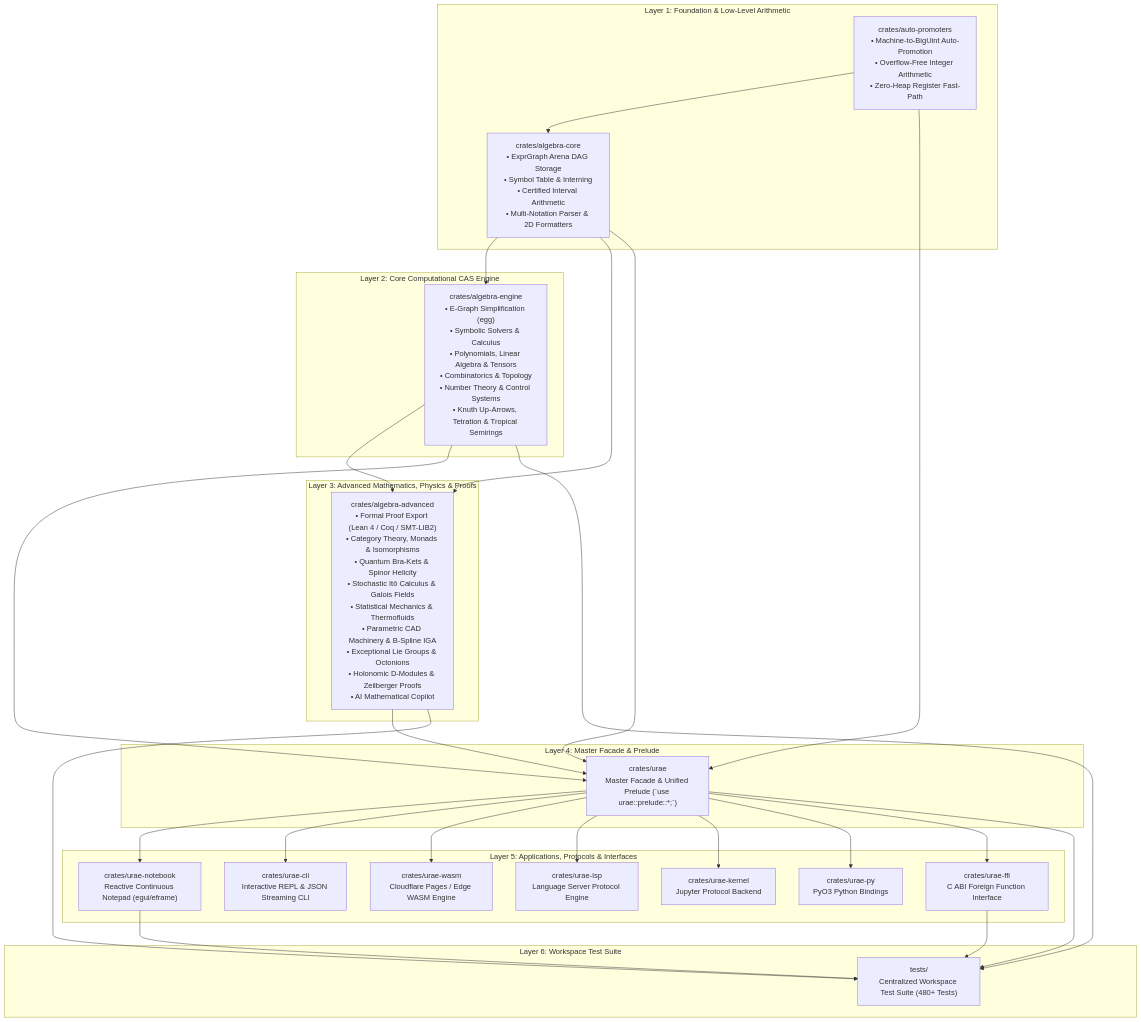
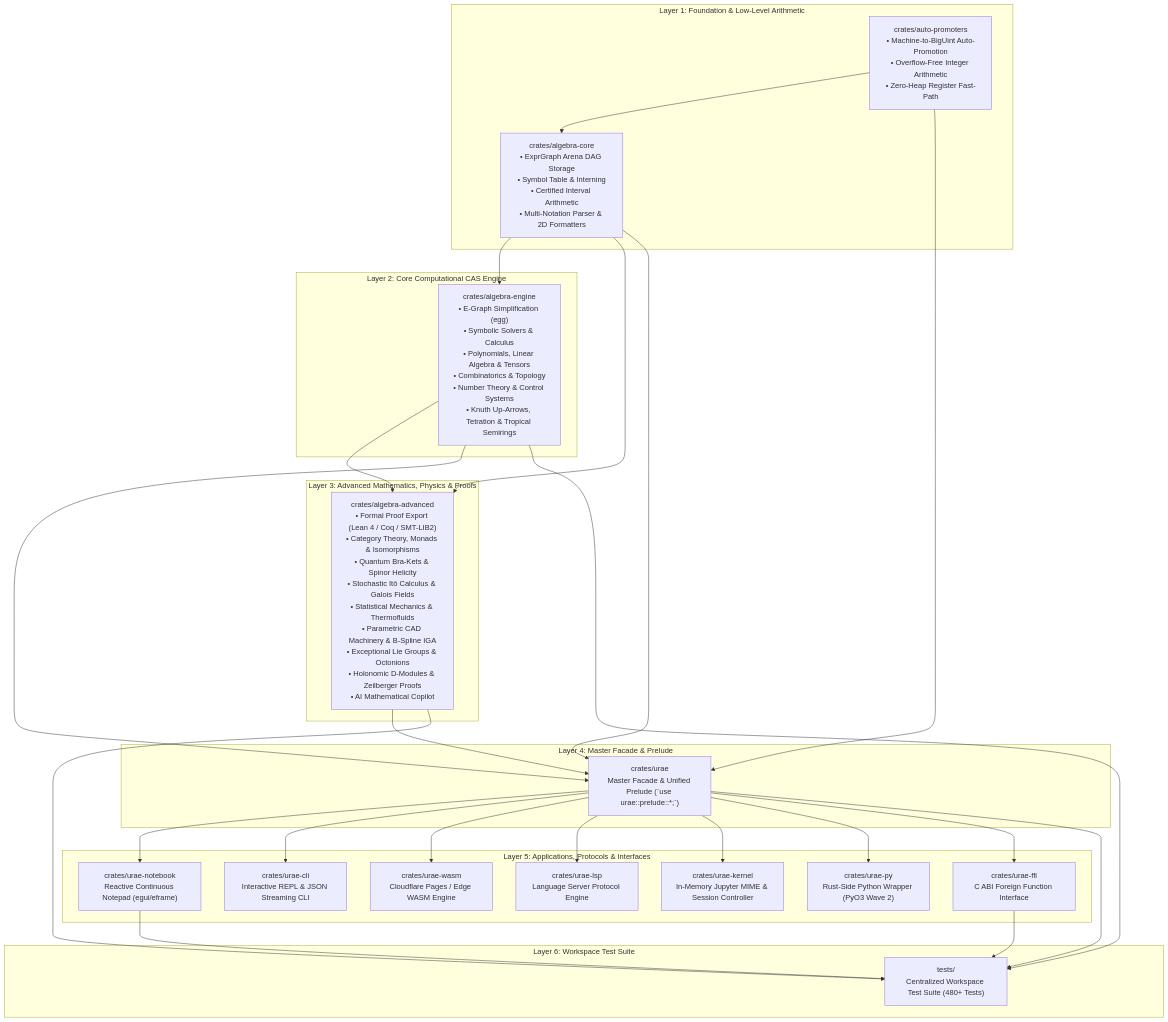
Before and after one commit to Flaming-Chicken/algebra-engine: the diagram in README.md, drawn with Mermaid. The commit also changed other lines of this file and 79 other files, not shown here.

````diff
--- a/README.md
+++ b/README.md
@@ -19,54 +19,54 @@
 ```mermaid
 graph TD
     subgraph L1 ["Layer 1: Foundation & Low-Level Arithmetic"]
         Core["crates/algebra-core<br/>• ExprGraph Arena DAG Storage<br/>• Symbol Table & Interning<br/>• Certified Interval Arithmetic<br/>• Multi-Notation Parser & 2D Formatters"]
         Promoters["crates/auto-promoters<br/>• Machine-to-BigUint Auto-Promotion<br/>• Overflow-Free Integer Arithmetic<br/>• Zero-Heap Register Fast-Path"]
     end
 
     subgraph L2 ["Layer 2: Core Computational CAS Engine"]
         Engine["crates/algebra-engine<br/>• E-Graph Simplification (egg)<br/>• Symbolic Solvers & Calculus<br/>• Polynomials, Linear Algebra & Tensors<br/>• Combinatorics & Topology<br/>• Number Theory & Control Systems<br/>• Knuth Up-Arrows, Tetration & Tropical Semirings"]
     end
 
     subgraph L3 ["Layer 3: Advanced Mathematics, Physics & Proofs"]
         Advanced["crates/algebra-advanced<br/>• Formal Proof Export (Lean 4 / Coq / SMT-LIB2)<br/>• Category Theory, Monads & Isomorphisms<br/>• Quantum Bra-Kets & Spinor Helicity<br/>• Stochastic Itô Calculus & Galois Fields<br/>• Statistical Mechanics & Thermofluids<br/>• Parametric CAD Machinery & B-Spline IGA<br/>• Exceptional Lie Groups & Octonions<br/>• Holonomic D-Modules & Zeilberger Proofs<br/>• AI Mathematical Copilot"]
     end
 
     subgraph L4 ["Layer 4: Master Facade & Prelude"]
         Urae["crates/urae<br/>Master Facade & Unified Prelude (`use urae::prelude::*;`)"]
     end
 
     subgraph L5 ["Layer 5: Applications, Protocols & Interfaces"]
         Notebook["crates/urae-notebook<br/>Reactive Continuous Notepad (egui/eframe)"]
         CLI["crates/urae-cli<br/>Interactive REPL & JSON Streaming CLI"]
         WASM["crates/urae-wasm<br/>Cloudflare Pages / Edge WASM Engine"]
         LSP["crates/urae-lsp<br/>Language Server Protocol Engine"]
-        Kernel["crates/urae-kernel<br/>Jupyter Protocol Backend"]
-        Py["crates/urae-py<br/>PyO3 Python Bindings"]
+        Kernel["crates/urae-kernel<br/>In-Memory Jupyter MIME & Session Controller"]
+        Py["crates/urae-py<br/>Rust-Side Python Wrapper (PyO3 Wave 2)"]
         FFI["crates/urae-ffi<br/>C ABI Foreign Function Interface"]
     end
 
     subgraph L6 ["Layer 6: Workspace Test Suite"]
         Tests["tests/<br/>Centralized Workspace Test Suite (480+ Tests)"]
     end
 
     Promoters --> Core
     Promoters --> Urae
     Core --> Engine
     Core --> Advanced
     Engine --> Advanced
     Core --> Urae
     Engine --> Urae
     Advanced --> Urae
     Urae --> Notebook
     Urae --> CLI
     Urae --> WASM
     Urae --> LSP
     Urae --> Kernel
     Urae --> Py
     Urae --> FFI
     Notebook --> Tests
     Engine --> Tests
     Advanced --> Tests
     Urae --> Tests
     FFI --> Tests
 ```
````
